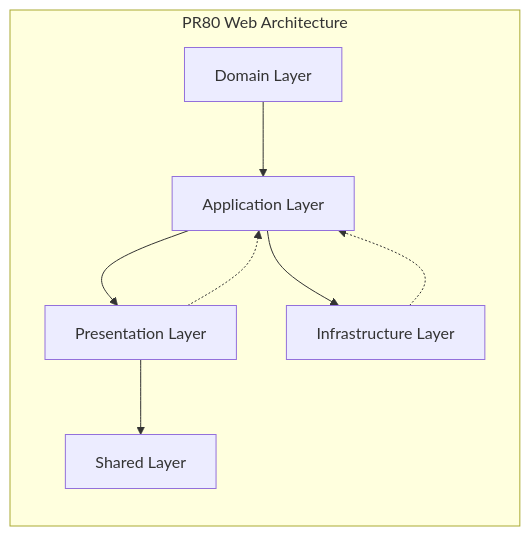
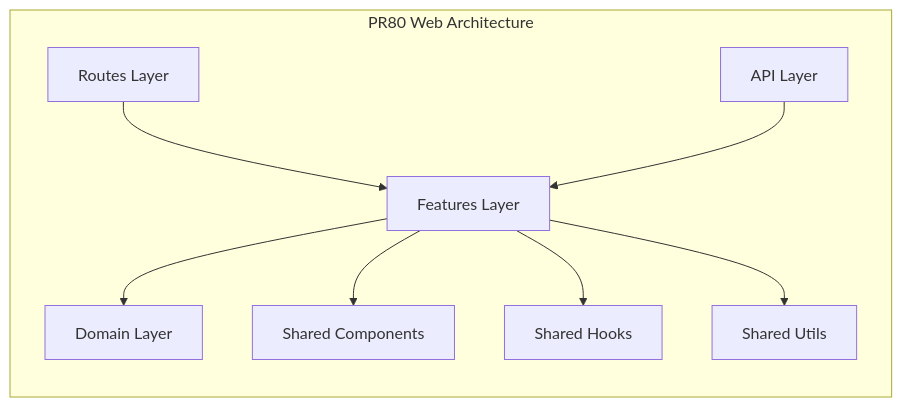
The third of 4 diagrams in memory-bank/systemPatterns.md (phatthach98/pr80-app), drawn with Mermaid before and after one commit. The commit also changed other lines of this file and 53 other files, not shown here.

First line of the commit message:
feat(api,web): update init data flow and refresh token (#10)

````diff
--- a/memory-bank/systemPatterns.md
+++ b/memory-bank/systemPatterns.md
@@ -64,12 +64,12 @@
 ```mermaid
 flowchart TB
     subgraph "PR80 Web Architecture"
         direction TB
-        D[Domain Layer] --> A[Application Layer]
-        A --> P[Presentation Layer]
-        A --> I[Infrastructure Layer]
-        I -.-> A
-        P -.-> A
-        P --> S[Shared Layer]
+        F[Features Layer] --> D[Domain Layer]
+        F --> C[Shared Components]
+        F --> H[Shared Hooks]
+        F --> U[Shared Utils]
+        R[Routes Layer] --> F
+        A[API Layer] --> F
     end
 ```
````
